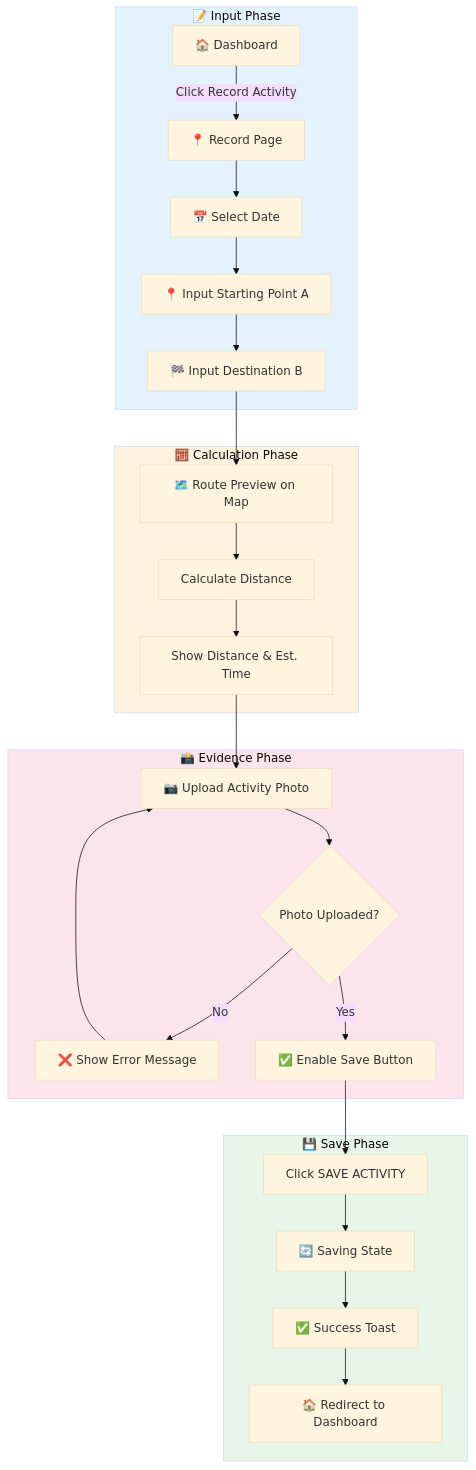
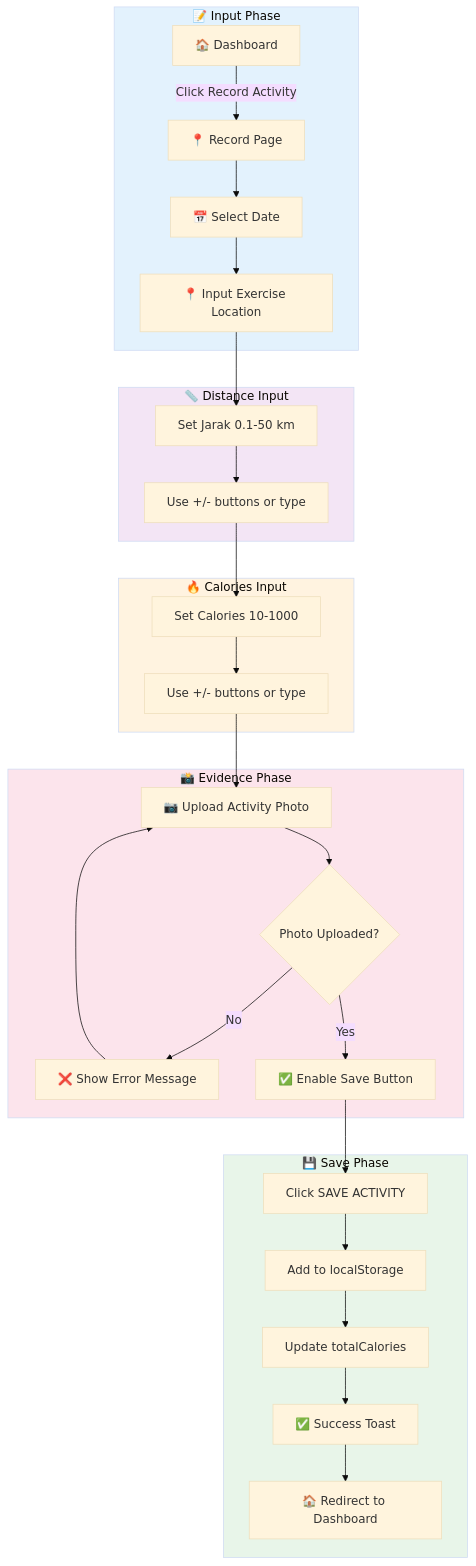
The second of 10 diagrams in docs/project_analysis.md (ilhaminudin24/ITDigital-wellbeing), drawn with Mermaid (base theme) before and after one commit. The commit also changed other lines of this file and 8 other files, not shown here.

````diff
--- a/docs/project_analysis.md
+++ b/docs/project_analysis.md
@@ -113,35 +131,40 @@
 ```mermaid
 flowchart TD
     subgraph Input["📝 Input Phase"]
         A[🏠 Dashboard] -->|Click Record Activity| B[📍 Record Page]
         B --> C[📅 Select Date]
-        C --> D[📍 Input Starting Point A]
-        D --> E[🏁 Input Destination B]
+        C --> D[📍 Input Exercise Location]
     end
 
-    subgraph Calculate["🧮 Calculation Phase"]
-        E --> F[🗺️ Route Preview on Map]
-        F --> G[Calculate Distance]
-        G --> H[Show Distance & Est. Time]
+    subgraph Distance["📏 Distance Input"]
+        D --> E[Set Jarak 0.1-50 km]
+        E --> F[Use +/- buttons or type]
+    end
+
+    subgraph Calories["🔥 Calories Input"]
+        F --> G[Set Calories 10-1000]
+        G --> H[Use +/- buttons or type]
     end
 
     subgraph Evidence["📸 Evidence Phase"]
         H --> I[📷 Upload Activity Photo]
         I --> J{Photo Uploaded?}
         J -->|No| K[❌ Show Error Message]
         K --> I
         J -->|Yes| L[✅ Enable Save Button]
     end
 
     subgraph Save["💾 Save Phase"]
         L --> M[Click SAVE ACTIVITY]
-        M --> N[🔄 Saving State]
-        N --> O[✅ Success Toast]
-        O --> P[🏠 Redirect to Dashboard]
+        M --> N[Add to localStorage]
+        N --> O[Update totalCalories]
+        O --> P[✅ Success Toast]
+        P --> Q[🏠 Redirect to Dashboard]
     end
 
     style Input fill:#e3f2fd
-    style Calculate fill:#fff3e0
+    style Distance fill:#f3e5f5
+    style Calories fill:#fff3e0
     style Evidence fill:#fce4ec
     style Save fill:#e8f5e9
 ```
````
